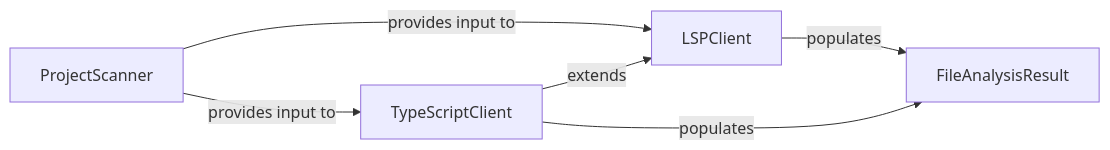
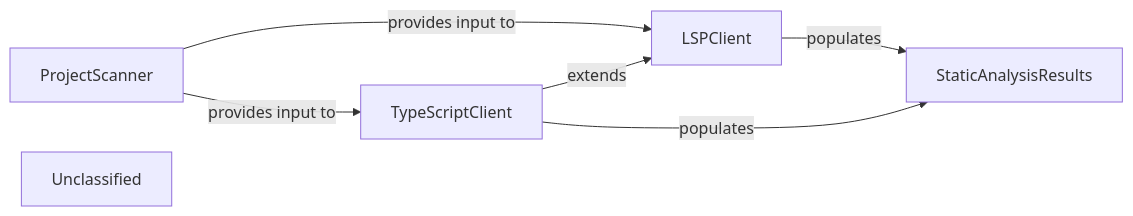
One commit to mariyam866/CodeBoarding changed the diagram in .codeboarding/Static_Analysis_Engine.md. Above: the diagram before and after it, drawn with Mermaid. The commit also changed other lines of this file and 17 other files, not shown here.

First line of the commit message:
docs: update codeboarding documentation and generate architecture

````diff
--- a/.codeboarding/Static_Analysis_Engine.md
+++ b/.codeboarding/Static_Analysis_Engine.md
@@ -1,12 +1,13 @@
 ```mermaid
 graph LR
     ProjectScanner["ProjectScanner"]
     LSPClient["LSPClient"]
     TypeScriptClient["TypeScriptClient"]
-    FileAnalysisResult["FileAnalysisResult"]
+    StaticAnalysisResults["StaticAnalysisResults"]
+    Unclassified["Unclassified"]
     ProjectScanner -- "provides input to" --> LSPClient
     ProjectScanner -- "provides input to" --> TypeScriptClient
-    LSPClient -- "populates" --> FileAnalysisResult
+    LSPClient -- "populates" --> StaticAnalysisResults
     TypeScriptClient -- "extends" --> LSPClient
-    TypeScriptClient -- "populates" --> FileAnalysisResult
+    TypeScriptClient -- "populates" --> StaticAnalysisResults
 ```
````
